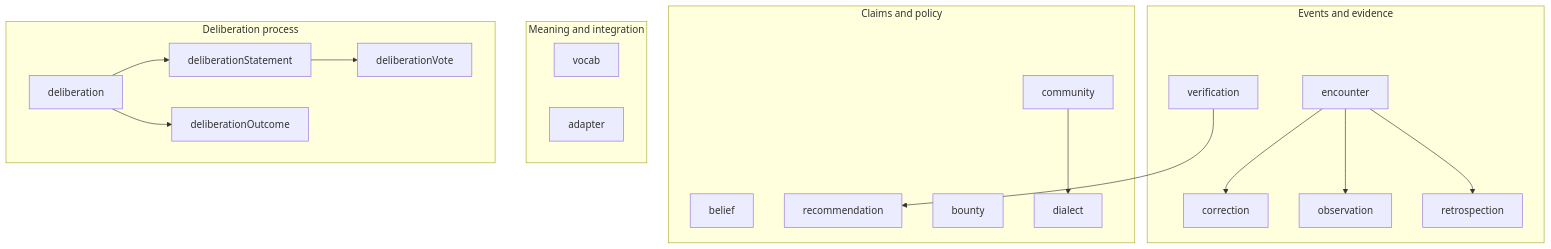
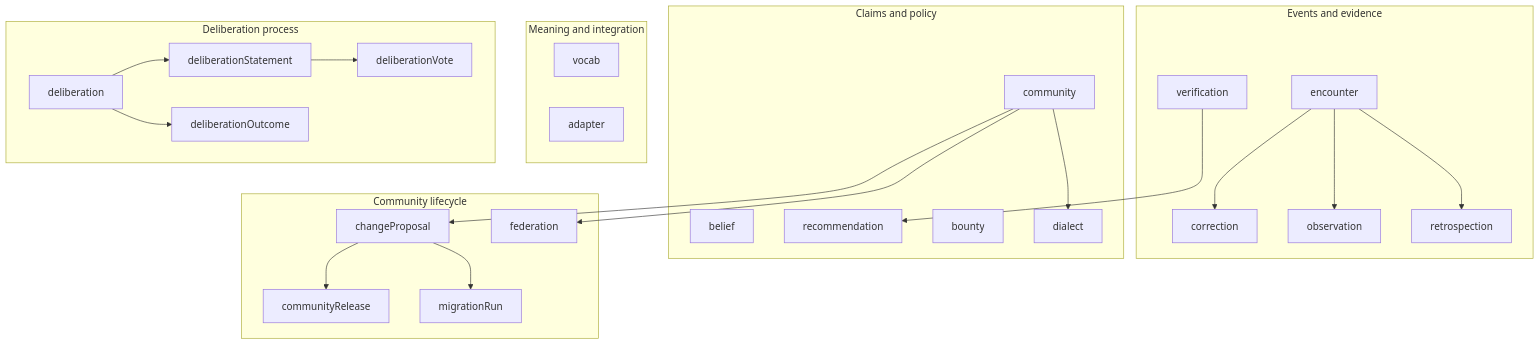
The diagram in docs/book/src/concepts/lexicon-family.md (idiolect-dev/idiolect), drawn with Mermaid before and after one commit. The commit also changed other lines of this file and 142 other files, not shown here.

````diff
--- a/docs/book/src/concepts/lexicon-family.md
+++ b/docs/book/src/concepts/lexicon-family.md
@@ -7,36 +7,46 @@
 ```mermaid
 flowchart TB
     subgraph evidence["Events and evidence"]
         ENC[encounter]
         COR[correction]
         OBS[observation]
         VER[verification]
         RET[retrospection]
     end
     subgraph policy["Claims and policy"]
         BEL[belief]
         REC[recommendation]
         BOU[bounty]
         DIA[dialect]
         COM[community]
     end
     subgraph meaning["Meaning and integration"]
         VOC[vocab]
         ADA[adapter]
     end
     subgraph process["Deliberation process"]
         DEL[deliberation]
         DST[deliberationStatement]
         DVO[deliberationVote]
         DOU[deliberationOutcome]
     end
+    subgraph lifecycle["Community lifecycle"]
+        CHP[changeProposal]
+        REL[communityRelease]
+        MIG[migrationRun]
+        FED[federation]
+    end
 
     ENC --> COR
     ENC --> OBS
     ENC --> RET
     VER --> REC
     COM --> DIA
     DEL --> DST
     DST --> DVO
     DEL --> DOU
+    COM --> CHP
+    CHP --> REL
+    CHP --> MIG
+    COM --> FED
 ```
````
